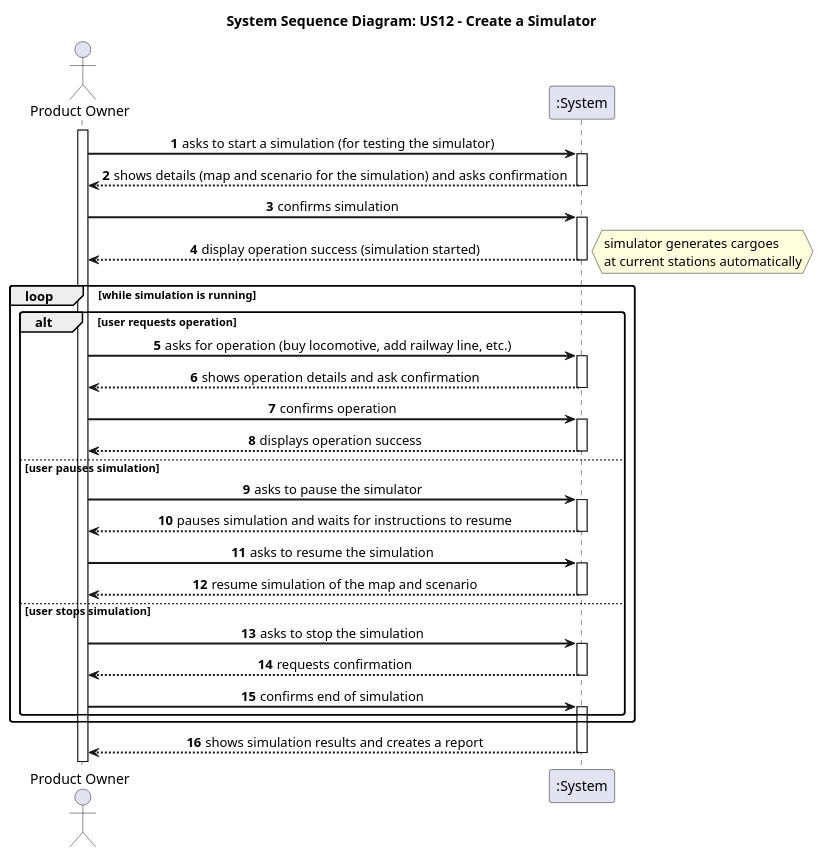
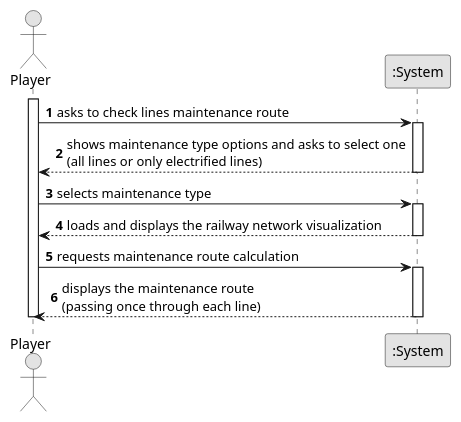
Before and after one commit to HenriqueSilva18/Railway-Network-Simulator: the diagram in docs/system-documentation/Sprint 2/US14/01.requirements-engineering/puml/US14-SSD.puml, drawn with PlantUML. The commit also changed 20 other files, not shown here.

```diff
--- a/docs/system-documentation/Sprint 2/US14/01.requirements-engineering/puml/US14-SSD.puml
+++ b/docs/system-documentation/Sprint 2/US14/01.requirements-engineering/puml/US14-SSD.puml
@@ -1,74 +1,32 @@
 @startuml
-skinparam sequenceMessageAlign center
-skinparam sequenceArrowThickness 2
-skinparam roundcorner 5
+skinparam monochrome true
+skinparam packageStyle rectangle
+skinparam shadowing false
+
 autonumber
 
-title System Sequence Diagram: US12 - Create a Simulator
-
-actor "Product Owner" as PO
+actor "Player" as Player
 participant ":System" as System
 
-activate PO
+activate Player
 
-    PO -> System : asks to start a simulation (for testing the simulator)
+    Player -> System : asks to check lines maintenance route
     activate System
 
-        System --> PO : shows details (map and scenario for the simulation) and asks confirmation
+        System --> Player : shows maintenance type options and asks to select one\n(all lines or only electrified lines)
     deactivate System
 
-    PO -> System : confirms simulation
+    Player -> System : selects maintenance type
     activate System
 
-        System --> PO : display operation success (simulation started)
+        System --> Player : loads and displays the railway network visualization
     deactivate System
 
-    hnote right
-        simulator generates cargoes
-        at current stations automatically
-    end note
+    Player -> System : requests maintenance route calculation
+    activate System
 
-    loop while simulation is running
-        alt user requests operation
-            PO -> System : asks for operation (buy locomotive, add railway line, etc.)
-            activate System
-
-                System --> PO : shows operation details and ask confirmation
-            deactivate System
-
-            PO -> System : confirms operation
-            activate System
-
-                System --> PO : displays operation success
-            deactivate System
-
-        else user pauses simulation
-            PO -> System : asks to pause the simulator
-            activate System
-
-                System --> PO : pauses simulation and waits for instructions to resume
-            deactivate System
-
-            PO -> System : asks to resume the simulation
-            activate System
-
-                System --> PO : resume simulation of the map and scenario
-            deactivate System
-
-        else user stops simulation
-            PO -> System : asks to stop the simulation
-            activate System
-
-                System --> PO : requests confirmation
-            deactivate System
-
-            PO -> System : confirms end of simulation
-            activate System
-
-        end
-    end
-
-        System --> PO : shows simulation results and creates a report
+        System --> Player : displays the maintenance route\n(passing once through each line)
     deactivate System
 
+deactivate Player
 @enduml
```
